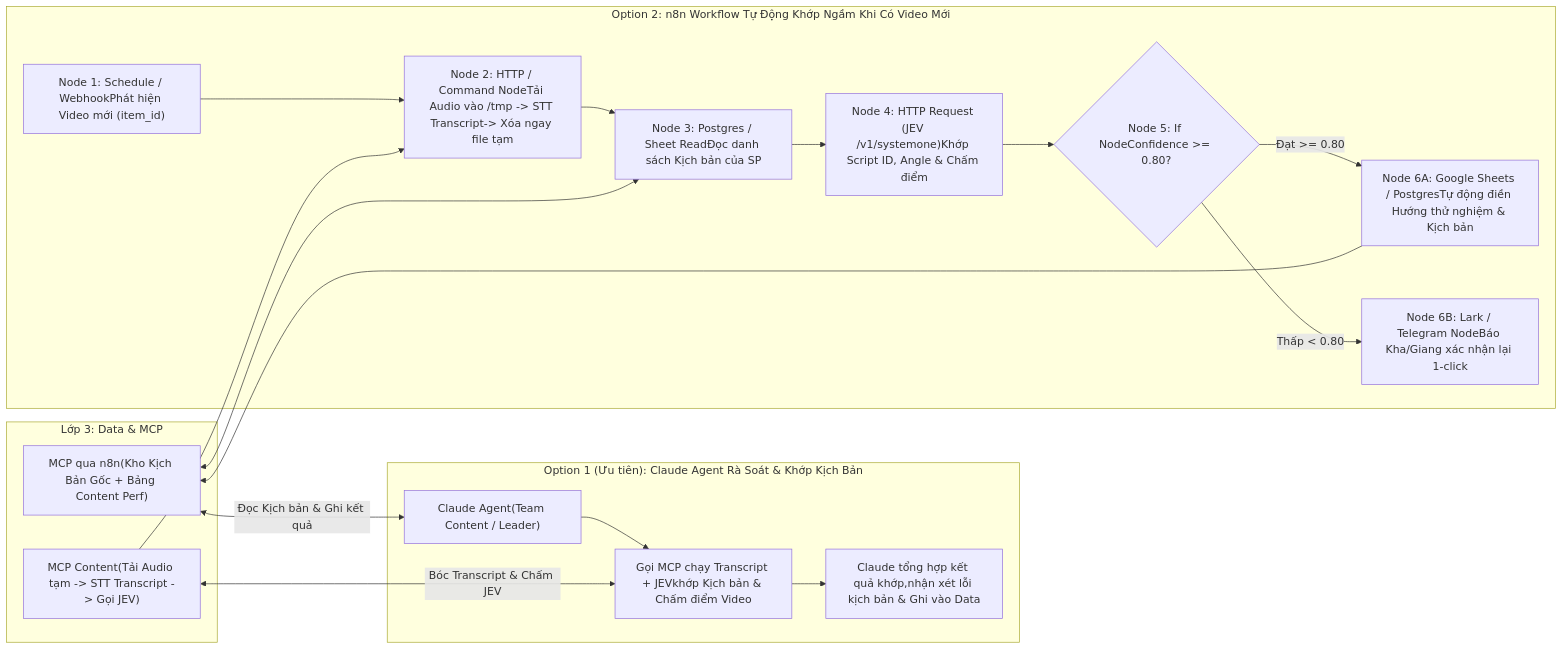
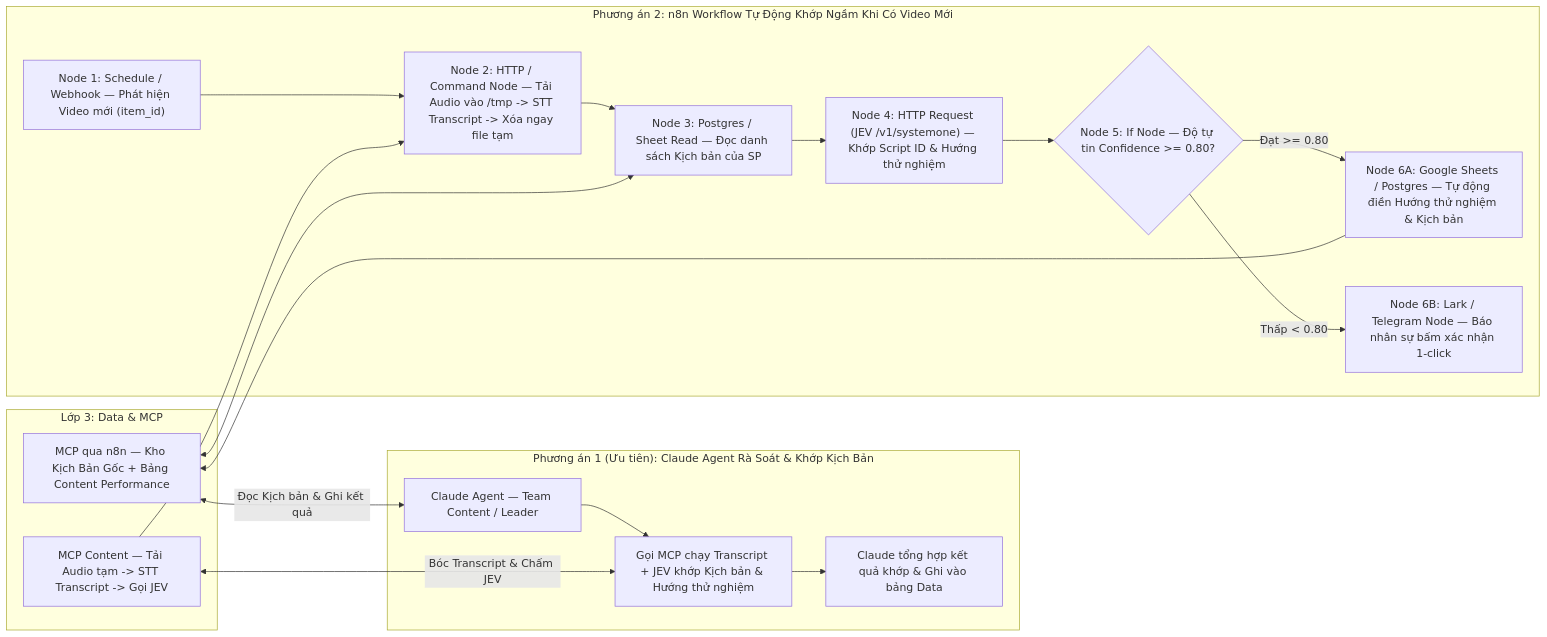
Before and after one commit to hattorimkk/api-docs: the tenth of 17 diagrams in SYSTEM_ARCHITECTURE.md, drawn with Mermaid. The commit also changed other lines of this file, not shown here.

````diff
--- a/SYSTEM_ARCHITECTURE.md
+++ b/SYSTEM_ARCHITECTURE.md
@@ -607,34 +768,34 @@
 ```mermaid
 flowchart LR
-    subgraph L3_CONTENT["Lớp 3: Data & MCP"]
-        C_DATA["MCP qua n8n(Kho Kịch Bản Gốc + Bảng Content Perf)"]
-        C_MCP["MCP Content(Tải Audio tạm -> STT Transcript -> Gọi JEV)"]
+    subgraph L3_3A["Lớp 3: Data & MCP"]
+        C_DATA["MCP qua n8n — Kho Kịch Bản Gốc + Bảng Content Performance"]
+        C_MCP["MCP Content — Tải Audio tạm -> STT Transcript -> Gọi JEV"]
     end
 
-    subgraph OPT1_CONT["Option 1 (Ưu tiên): Claude Agent Rà Soát & Khớp Kịch Bản"]
-        CLAUDE_C["Claude Agent(Team Content / Leader)"]
-        CALL_MATCH["Gọi MCP chạy Transcript + JEVkhớp Kịch bản & Chấm điểm Video"]
-        REVIEW_C["Claude tổng hợp kết quả khớp,nhận xét lỗi kịch bản & Ghi vào Data"]
-        CLAUDE_C --> CALL_MATCH --> REVIEW_C
+    subgraph OPT1_3A["Phương án 1 (Ưu tiên): Claude Agent Rà Soát & Khớp Kịch Bản"]
+        CLAUDE_3A["Claude Agent — Team Content / Leader"]
+        CALL_MATCH["Gọi MCP chạy Transcript + JEV khớp Kịch bản & Hướng thử nghiệm"]
+        REVIEW_3A["Claude tổng hợp kết quả khớp & Ghi vào bảng Data"]
+        CLAUDE_3A --> CALL_MATCH --> REVIEW_3A
     end
 
-    subgraph OPT2_CONT["Option 2: n8n Workflow Tự Động Khớp Ngầm Khi Có Video Mới"]
-        NC1["Node 1: Schedule / WebhookPhát hiện Video mới (item_id)"]
-        NC2["Node 2: HTTP / Command NodeTải Audio vào /tmp -> STT Transcript-> Xóa ngay file tạm"]
-        NC3["Node 3: Postgres / Sheet ReadĐọc danh sách Kịch bản của SP"]
-        NC4["Node 4: HTTP Request (JEV /v1/systemone)Khớp Script ID, Angle & Chấm điểm"]
-        NC5{"Node 5: If NodeConfidence >= 0.80?"}
-        NC6["Node 6A: Google Sheets / PostgresTự động điền Hướng thử nghiệm & Kịch bản"]
-        NC7["Node 6B: Lark / Telegram NodeBáo Kha/Giang xác nhận lại 1-click"]
-        NC1 --> NC2 --> NC3 --> NC4 --> NC5
-        NC5 -->|"Đạt >= 0.80"| NC6
-        NC5 -->|"Thấp < 0.80"| NC7
+    subgraph OPT2_3A["Phương án 2: n8n Workflow Tự Động Khớp Ngầm Khi Có Video Mới"]
+        NC_1["Node 1: Schedule / Webhook — Phát hiện Video mới (item_id)"]
+        NC_2["Node 2: HTTP / Command Node — Tải Audio vào /tmp -> STT Transcript -> Xóa ngay file tạm"]
+        NC_3["Node 3: Postgres / Sheet Read — Đọc danh sách Kịch bản của SP"]
+        NC_4["Node 4: HTTP Request (JEV /v1/systemone) — Khớp Script ID & Hướng thử nghiệm"]
+        NC_5{"Node 5: If Node — Độ tự tin Confidence >= 0.80?"}
+        NC_6["Node 6A: Google Sheets / Postgres — Tự động điền Hướng thử nghiệm & Kịch bản"]
+        NC_7["Node 6B: Lark / Telegram Node — Báo nhân sự bấm xác nhận 1-click"]
+        NC_1 --> NC_2 --> NC_3 --> NC_4 --> NC_5
+        NC_5 -->|"Đạt >= 0.80"| NC_6
+        NC_5 -->|"Thấp < 0.80"| NC_7
     end
 
-    C_DATA <-->|"Đọc Kịch bản & Ghi kết quả"| CLAUDE_C
+    C_DATA <-->|"Đọc Kịch bản & Ghi kết quả"| CLAUDE_3A
     C_MCP <-->|"Bóc Transcript & Chấm JEV"| CALL_MATCH
 
-    C_DATA <--> NC3
-    C_MCP --> NC2
-    NC6 --> C_DATA
+    C_DATA <--> NC_3
+    C_MCP --> NC_2
+    NC_6 --> C_DATA
 ```
````
